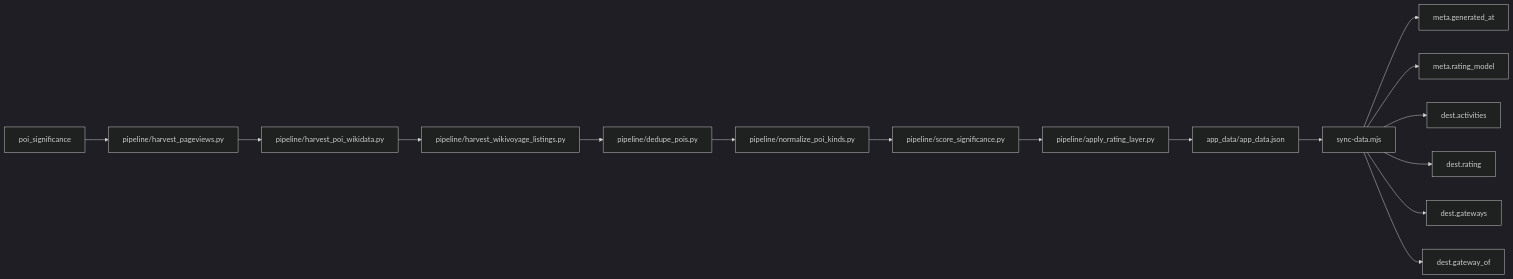
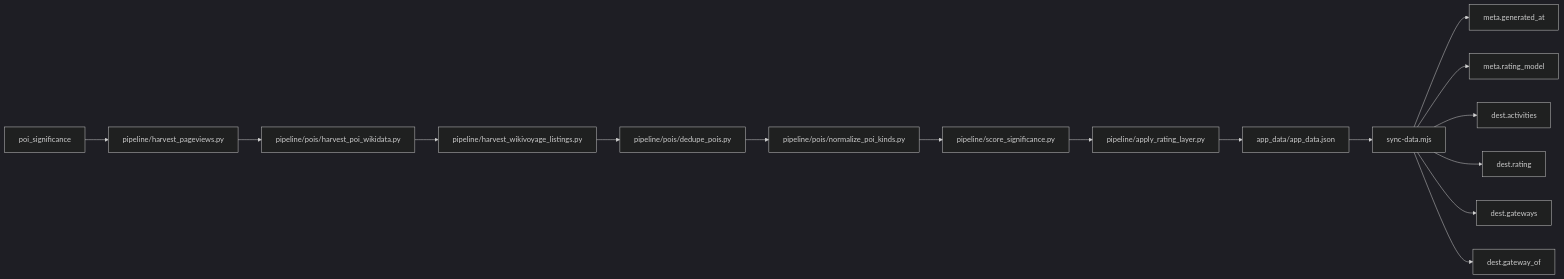
Before and after one commit to basvn123/carta-travel-app: the third of 46 diagrams in docs/architecture/lineage.md, drawn with Mermaid (dark theme). The commit also changed other lines of this file and 23 other files, not shown here.

First line of the commit message:
T1207: group the POI harvest and clean-up scripts in pipeline/pois/

````diff
--- a/docs/architecture/lineage.md
+++ b/docs/architecture/lineage.md
@@ -192,34 +192,34 @@
 ```mermaid
 flowchart LR
   T_poi_significance["poi_significance"]
   C0["pipeline/harvest_pageviews.py"]
   T_poi_significance --> C0
-  C1["pipeline/harvest_poi_wikidata.py"]
+  C1["pipeline/pois/harvest_poi_wikidata.py"]
   C0 --> C1
   C2["pipeline/harvest_wikivoyage_listings.py"]
   C1 --> C2
-  C3["pipeline/dedupe_pois.py"]
+  C3["pipeline/pois/dedupe_pois.py"]
   C2 --> C3
-  C4["pipeline/normalize_poi_kinds.py"]
+  C4["pipeline/pois/normalize_poi_kinds.py"]
   C3 --> C4
   C5["pipeline/score_significance.py"]
   C4 --> C5
   C6["pipeline/apply_rating_layer.py"]
   C5 --> C6
   M["app_data/app_data.json"]
   C6 --> M
   S["sync-data.mjs"]
   M --> S
   F0["meta.generated_at"]
   S --> F0
   F1["meta.rating_model"]
   S --> F1
   F2["dest.activities"]
   S --> F2
   F3["dest.rating"]
   S --> F3
   F4["dest.gateways"]
   S --> F4
   F5["dest.gateway_of"]
   S --> F5
 ```
````
